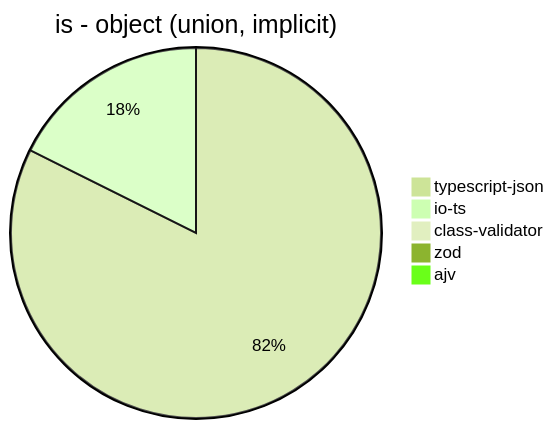
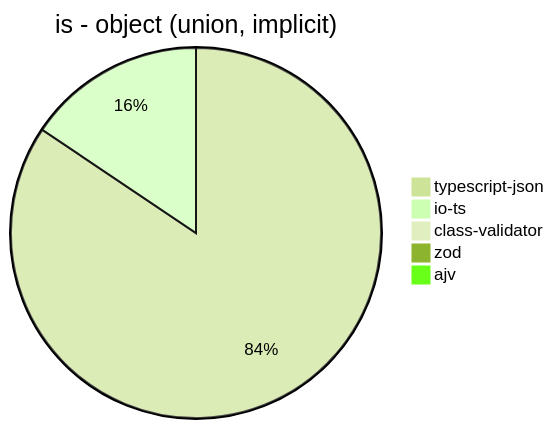
The fourth of 32 diagrams in benchmark/results/AMD Ryzen 7 5800H with Radeon Graphics.md (samchon/typia), drawn with Mermaid (forest theme) before and after one commit. The commit also changed other lines of this file and 7 other files, not shown here.

````diff
--- a/benchmark/results/AMD Ryzen 7 5800H with Radeon Graphics.md
+++ b/benchmark/results/AMD Ryzen 7 5800H with Radeon Graphics.md
@@ -51,8 +51,8 @@
 ```mermaid
 pie title is - object (union, implicit)
-  "typescript-json": 14495.641118779513
-  "io-ts": 3101.8518518518517
-  "class-validator": 0
-  "zod": 52.6515871507318
+  "typescript-json": 17336.20847861993
+  "io-ts": 3201.3410318495066
+  "class-validator": 16.73101673101673
+  "zod": 51.9050248481502
   "ajv": 0
 ```
````
